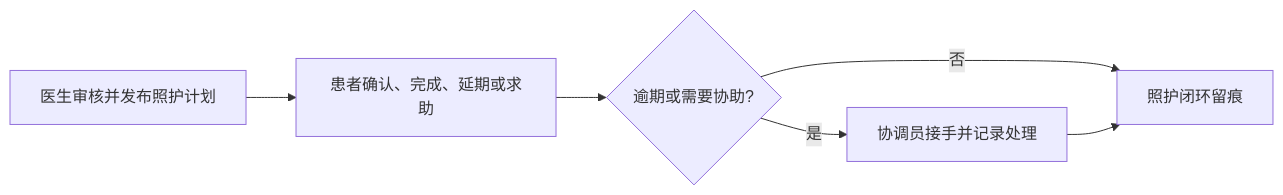
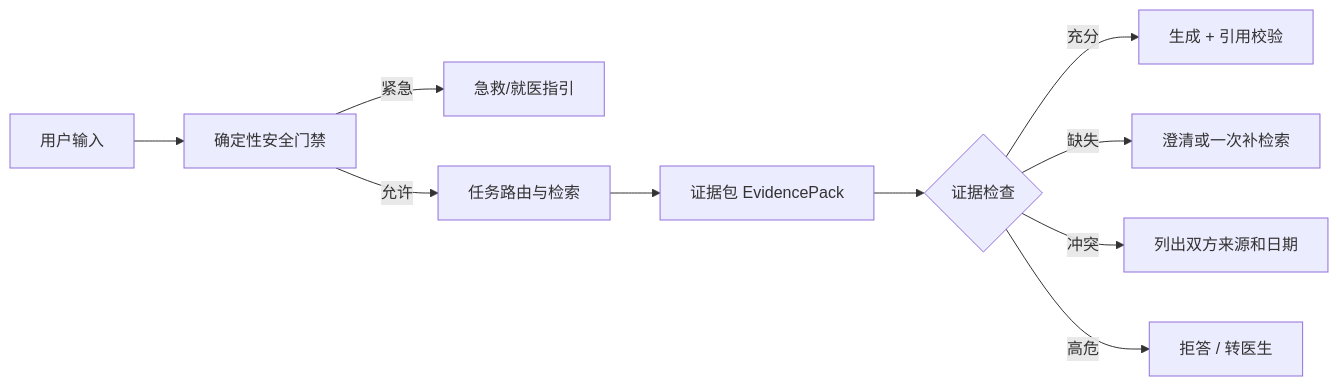
One commit to democt-ct/patient-care-assistant changed the first of 2 diagrams in README.md. Above: the diagram before and after it, drawn with Mermaid. The commit also changed other lines of this file and 82 other files, not shown here.

````diff
--- a/README.md
+++ b/README.md
@@ -15,8 +15,12 @@
 ```mermaid
 flowchart LR
-    A[医生审核并发布照护计划] --> B[患者确认、完成、延期或求助]
-    B --> C{逾期或需要协助?}
-    C -->|否| D[照护闭环留痕]
-    C -->|是| E[协调员接手并记录处理]
-    E --> D
+    A[用户输入] --> B[确定性安全门禁]
+    B -->|紧急| C[急救/就医指引]
+    B -->|允许| D[任务路由与检索]
+    D --> E[证据包 EvidencePack]
+    E --> F{证据检查}
+    F -->|充分| G[生成 + 引用校验]
+    F -->|缺失| H[澄清或一次补检索]
+    F -->|冲突| I[列出双方来源和日期]
+    F -->|高危| J[拒答 / 转医生]
 ```
````
